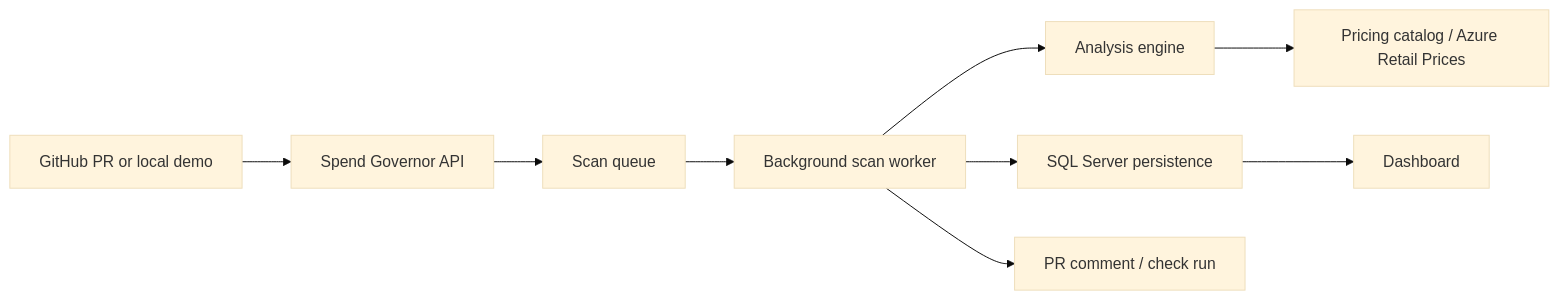
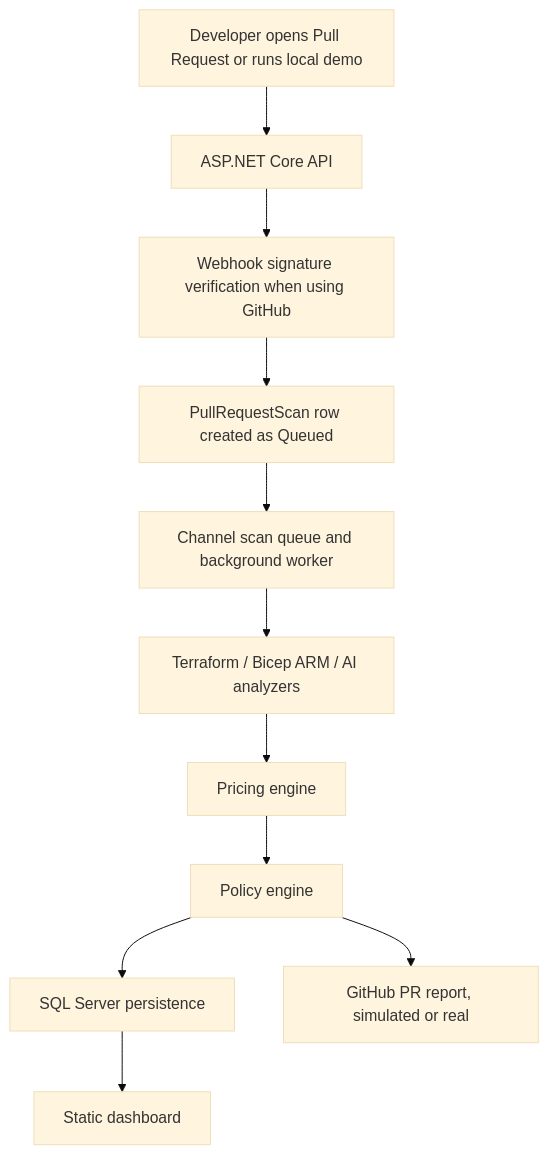
Before and after one commit to dahornea/Cloud-AI-Spend-Governor: the diagram in README.md, drawn with Mermaid (base theme). The commit also changed other lines of this file and 12 other files, not shown here.

````diff
--- a/README.md
+++ b/README.md
@@ -24,11 +37,13 @@
 ```mermaid
-flowchart LR
-    PR["GitHub PR or local demo"] --> API["Spend Governor API"]
-    API --> Queue["Scan queue"]
-    Queue --> Worker["Background scan worker"]
-    Worker --> Engine["Analysis engine"]
-    Engine --> Pricing["Pricing catalog / Azure Retail Prices"]
-    Worker --> DB["SQL Server persistence"]
-    DB --> Dashboard["Dashboard"]
-    Worker --> GitHub["PR comment / check run"]
+flowchart TD
+    A["Developer opens Pull Request or runs local demo"] --> B["ASP.NET Core API"]
+    B --> C["Webhook signature verification when using GitHub"]
+    C --> D["PullRequestScan row created as Queued"]
+    D --> E["Channel scan queue and background worker"]
+    E --> F["Terraform / Bicep ARM / AI analyzers"]
+    F --> G["Pricing engine"]
+    G --> H["Policy engine"]
+    H --> I["SQL Server persistence"]
+    H --> J["GitHub PR report, simulated or real"]
+    I --> K["Static dashboard"]
 ```
````
